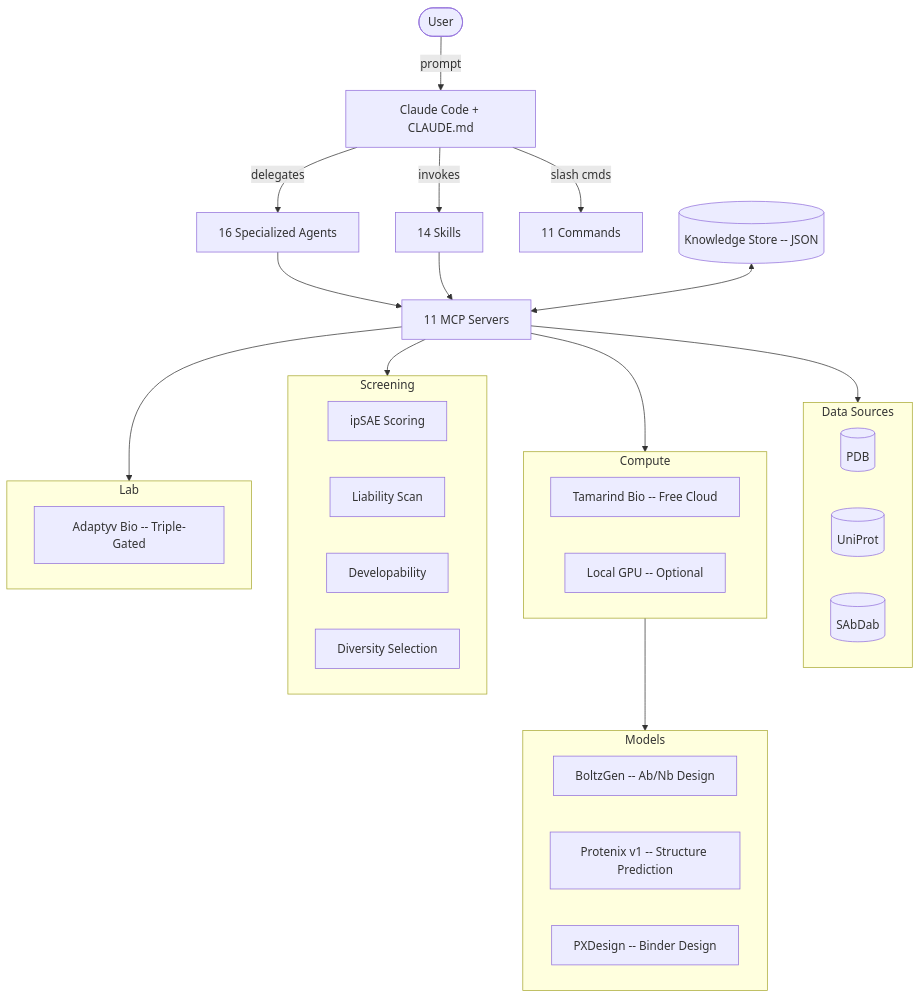
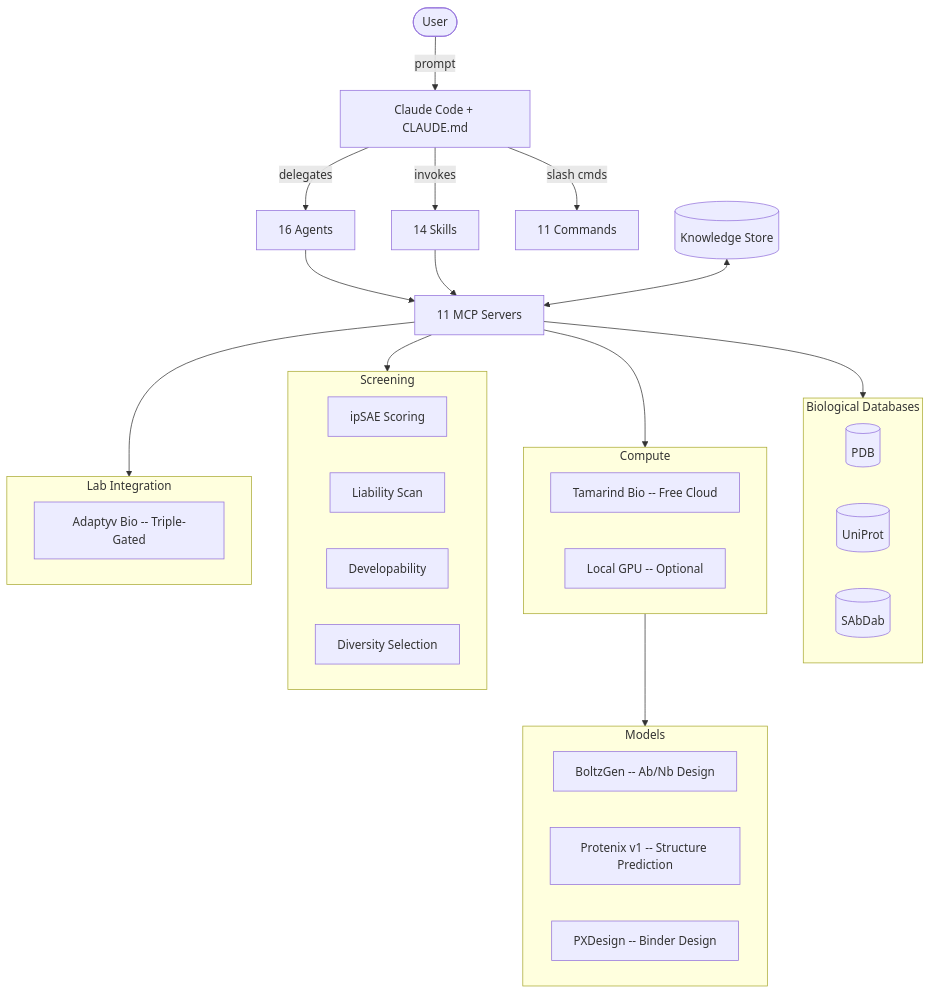
Before and after one commit to 001TMF/blatant-why: the diagram in README.md, drawn with Mermaid. The commit also changed other lines of this file and 3 other files, not shown here.

````diff
--- a/README.md
+++ b/README.md
@@ -217,47 +188,47 @@
 ```mermaid
 flowchart TB
     User([User]) -->|prompt| Claude[Claude Code + CLAUDE.md]
 
-    Claude -->|delegates| Agents[16 Specialized Agents]
+    Claude -->|delegates| Agents[16 Agents]
     Claude -->|invokes| Skills[14 Skills]
     Claude -->|slash cmds| Commands[11 Commands]
 
     Agents --> MCP[11 MCP Servers]
     Skills --> MCP
 
-    subgraph Data["Data Sources"]
+    subgraph Data["Biological Databases"]
         PDB[(PDB)]
         UniProt[(UniProt)]
         SAbDab[(SAbDab)]
     end
 
     subgraph Compute["Compute"]
         Tamarind["Tamarind Bio -- Free Cloud"]
         LocalGPU["Local GPU -- Optional"]
     end
 
     subgraph Models["Models"]
         BoltzGen["BoltzGen -- Ab/Nb Design"]
         Protenix["Protenix v1 -- Structure Prediction"]
         PXDesign["PXDesign -- Binder Design"]
     end
 
     subgraph Screening["Screening"]
         ipSAE["ipSAE Scoring"]
         Liabilities["Liability Scan"]
         Developability["Developability"]
         Diversity["Diversity Selection"]
     end
 
-    subgraph Lab["Lab"]
+    subgraph Lab["Lab Integration"]
         Adaptyv["Adaptyv Bio -- Triple-Gated"]
     end
 
     MCP --> Data
     MCP --> Compute
     Compute --> Models
     MCP --> Screening
     MCP --> Lab
 
-    Knowledge[("Knowledge Store -- JSON")] <--> MCP
+    Knowledge[("Knowledge Store")] <--> MCP
 ```
````
